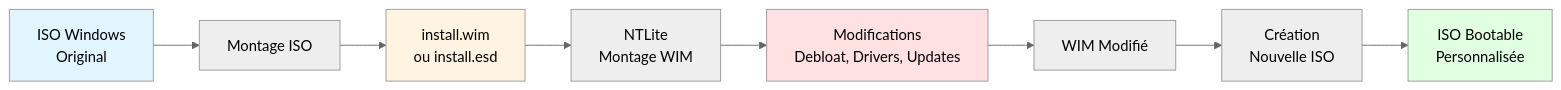
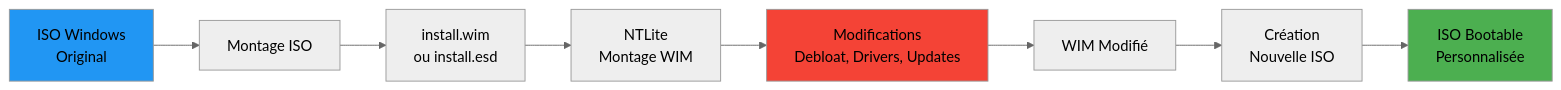
Before and after one commit to VBlackJack/ShellBook: the first of 3 diagrams in docs/formations/ntlite/01-module.md, drawn with Mermaid (neutral theme). The commit also changed other lines of this file and 337 other files, not shown here.

First line of the commit message:
refactor(docs): Standardize code blocks and Mermaid colors

````diff
--- a/docs/formations/ntlite/01-module.md
+++ b/docs/formations/ntlite/01-module.md
@@ -44,15 +44,15 @@
 ```mermaid
 graph LR
     A[ISO Windows<br/>Original] --> B[Montage ISO]
     B --> C[install.wim<br/>ou install.esd]
     C --> D[NTLite<br/>Montage WIM]
     D --> E[Modifications<br/>Debloat, Drivers, Updates]
     E --> F[WIM Modifié]
     F --> G[Création<br/>Nouvelle ISO]
     G --> H[ISO Bootable<br/>Personnalisée]
 
-    style A fill:#e1f5ff
-    style C fill:#fff4e1
-    style E fill:#ffe1e1
-    style H fill:#e1ffe1
+    style A fill:#2196F3
+    style C fill:#FF9800800800
+    style E fill:#f44336
+    style H fill:#4CAF50
 ```
````
